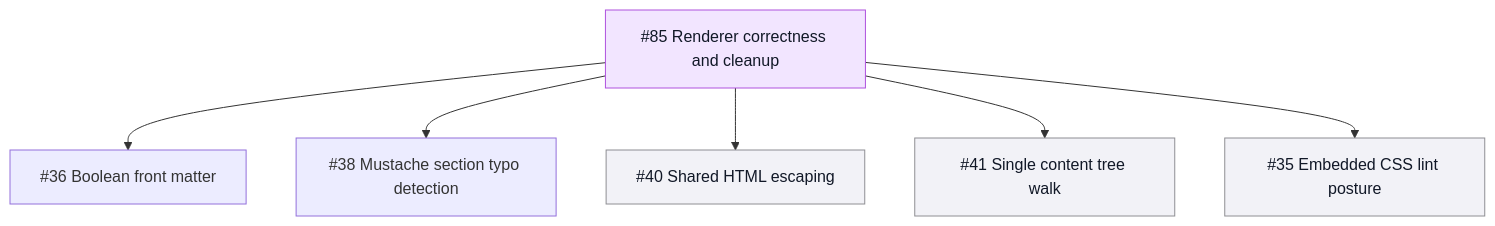
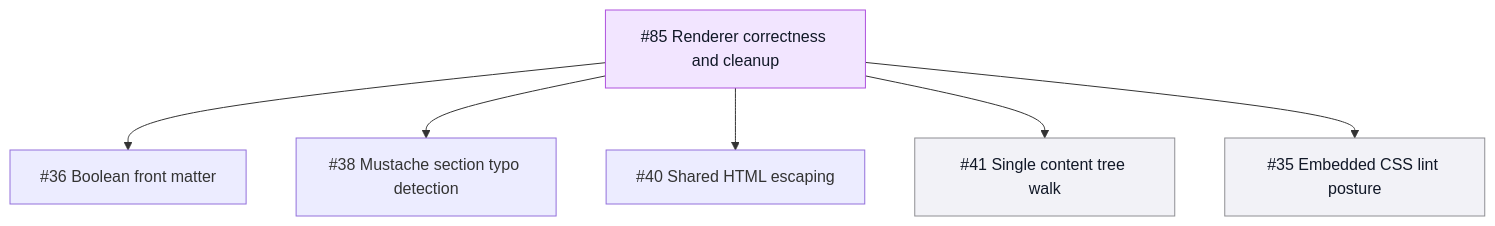
One commit to TileDown/tile-down changed the eighth of 9 diagrams in README.md. Above: the diagram before and after it, drawn with Mermaid. The commit also changed 15 other files, not shown here.

First line of the commit message:
refactor(html): share escaping helpers (#107)

````diff
--- a/README.md
+++ b/README.md
@@ -172,12 +172,12 @@
 ```mermaid
 flowchart TD
   Epic["#85 Renderer correctness and cleanup"]:::epic
   Epic --> BooleanFM["#36 Boolean front matter"]:::done
   Epic --> Mustache["#38 Mustache section typo detection"]:::done
-  Epic --> Escaping["#40 Shared HTML escaping"]:::todo
+  Epic --> Escaping["#40 Shared HTML escaping"]:::done
   Epic --> ContentWalk["#41 Single content tree walk"]:::todo
   Epic --> CSSLint["#35 Embedded CSS lint posture"]:::todo
 
   classDef epic fill:#f2e5ff,stroke:#af52de,color:#111827
   classDef todo fill:#f2f2f7,stroke:#8e8e93,color:#111827
 ```
````
